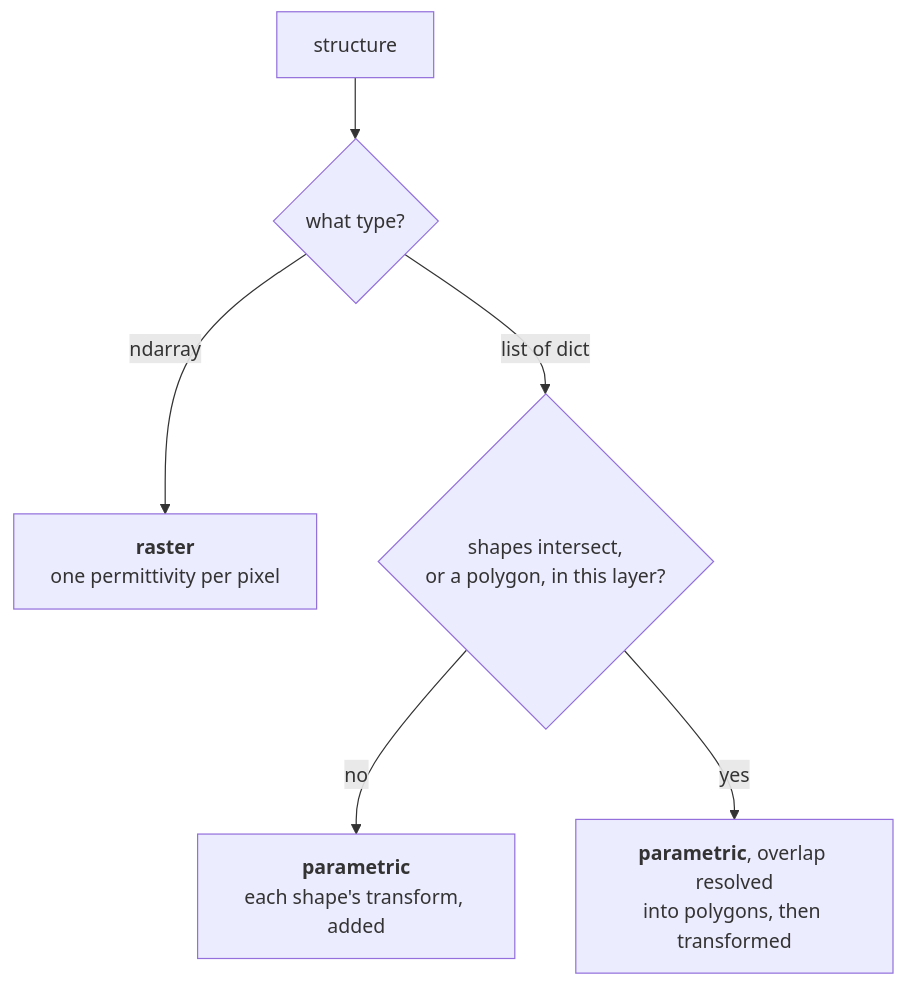
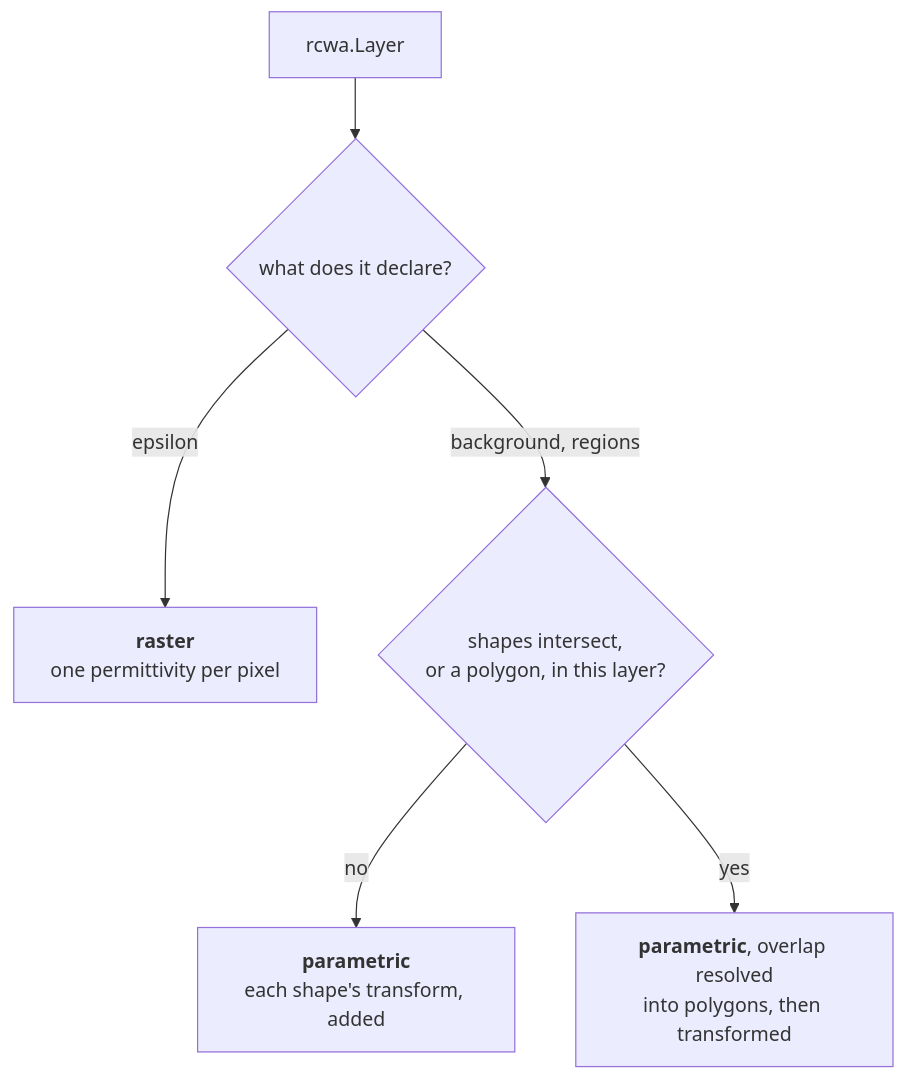
Before and after one commit to fieldalgo/wavebit: the diagram in docs/guide/rcwa/scene.md, drawn with Mermaid. The commit also changed other lines of this file and 19 other files, not shown here.

````diff
--- a/docs/guide/rcwa/scene.md
+++ b/docs/guide/rcwa/scene.md
@@ -64,8 +61,8 @@
 ```mermaid
 flowchart TD
-    S["structure"] --> T{"what type?"}
-    T -->|ndarray| R["<b>raster</b><br/>one permittivity per pixel"]
-    T -->|list of dict| A{"shapes intersect,<br/>or a polygon, in this layer?"}
+    S["rcwa.Layer"] --> T{"what does it declare?"}
+    T -->|epsilon| R["<b>raster</b><br/>one permittivity per pixel"]
+    T -->|background, regions| A{"shapes intersect,<br/>or a polygon, in this layer?"}
     A -->|no| P["<b>parametric</b><br/>each shape's transform, added"]
     A -->|yes| B["<b>parametric</b>, overlap resolved<br/>into polygons, then transformed"]
 ```
````
